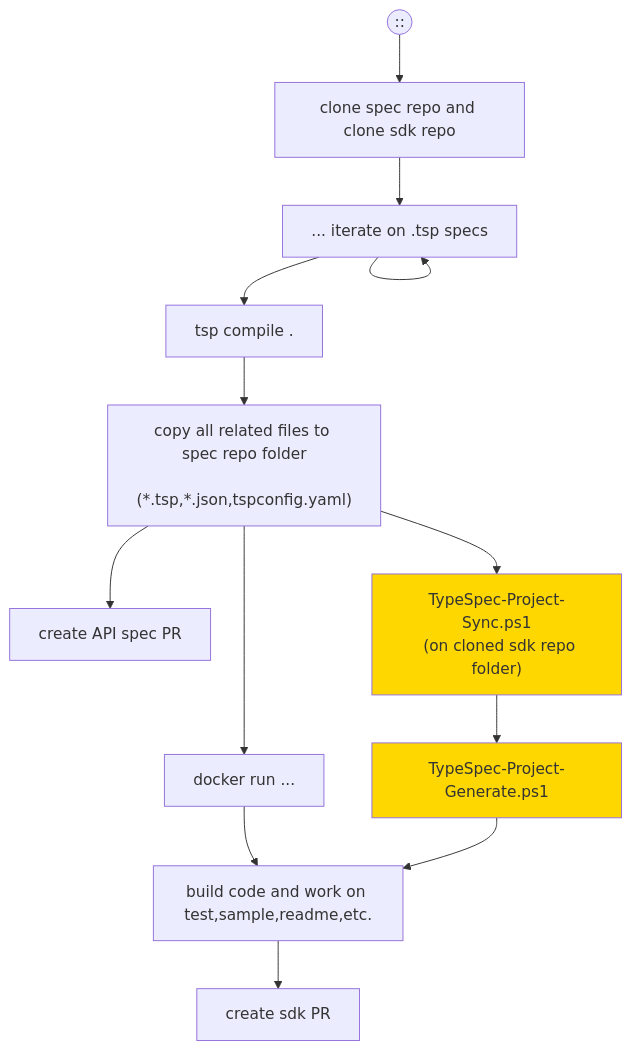
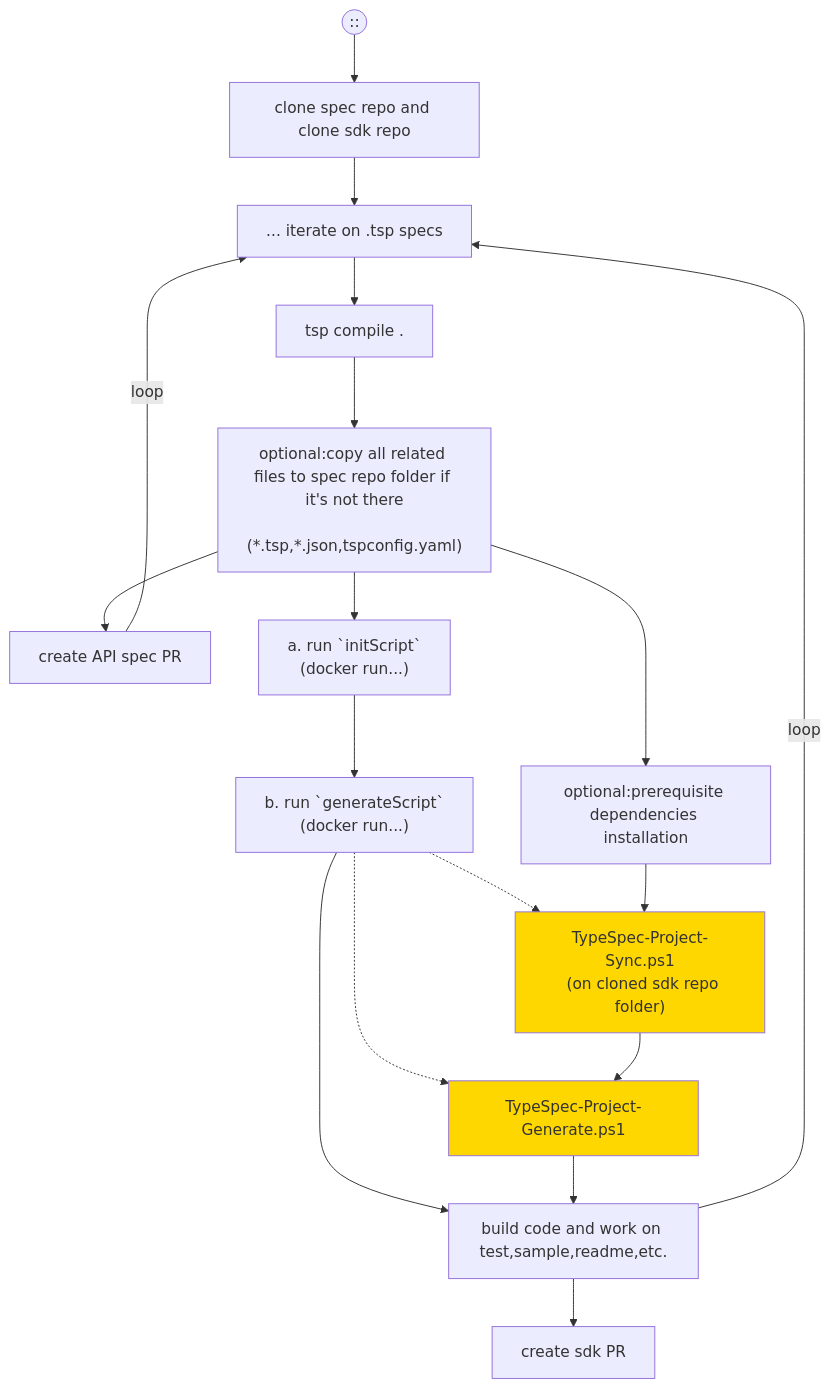
Before and after one commit to Azure/azure-rest-api-specs: the third of 4 diagrams in documentation/typespec-end-to-end-scenarios.md, drawn with Mermaid. The commit also changed other lines of this file, not shown here.

````diff
--- a/documentation/typespec-end-to-end-scenarios.md
+++ b/documentation/typespec-end-to-end-scenarios.md
@@ -55,22 +54,28 @@
 ```mermaid
 flowchart TD;
   classDef highlight fill:#ffd700
   User((::))-->A
   A
   A["clone spec repo and clone sdk repo"]-->B
-  B-->B
   B["... iterate on .tsp specs"]-->C
   C["tsp compile ."]-->D
-  D["copy all related files to spec repo folder
+  D["optional:copy all related files to spec repo folder if it's not there
   (*.tsp,*.json,tspconfig.yaml)"]-->E
   D-->F
-  E["create API spec PR"]
-  F["docker run ..."]-->I
-  D-->G
+  E["create API spec PR"]-->|loop|B
+  F["a. run `initScript`
+  (docker run...)"]-->M  
+  M["b. run `generateScript`
+  (docker run...)"]-->I
+  M-.->G
+  M-.->H
+  D-->K
+  K["optional:prerequisite dependencies installation"]-->G
   G["TypeSpec-Project-Sync.ps1
   (on cloned sdk repo folder)"]-->H
   H["TypeSpec-Project-Generate.ps1"]-->I
   I["build code and work on test,sample,readme,etc."]-->J
+  I-->|loop|B
   J["create sdk PR"]
   class G,H highlight
 ```
````
